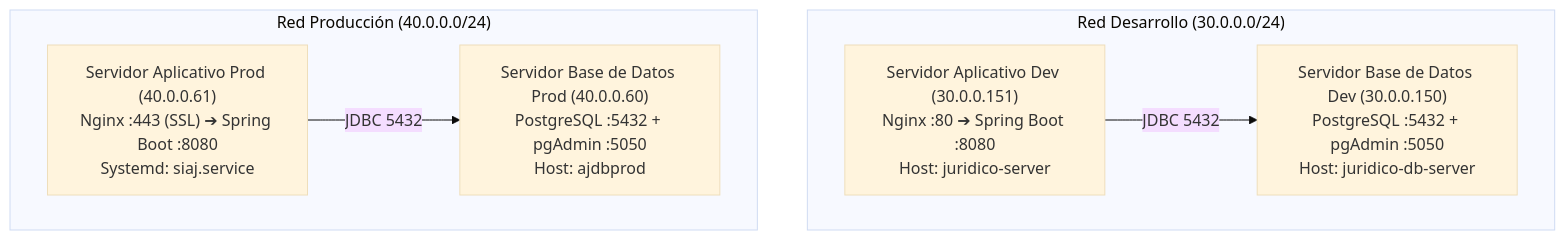
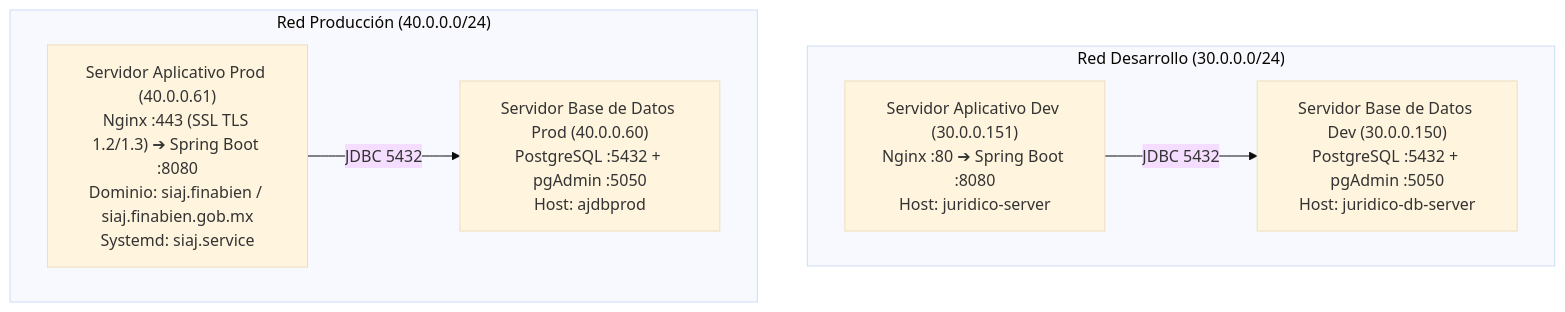
Before and after one commit to rodrigopazTech/juridico-springboot: the first of 2 diagrams in AGENTS.md, drawn with Mermaid (base theme). The commit also changed other lines of this file and 10 other files, not shown here.

````diff
--- a/AGENTS.md
+++ b/AGENTS.md
@@ -11,14 +11,14 @@
 ```mermaid
 flowchart TD
     subgraph RedDev["Red Desarrollo (30.0.0.0/24)"]
         AppDev["Servidor Aplicativo Dev (30.0.0.151)<br>Nginx :80 ➔ Spring Boot :8080<br>Host: juridico-server"]
         DBDev["Servidor Base de Datos Dev (30.0.0.150)<br>PostgreSQL :5432 + pgAdmin :5050<br>Host: juridico-db-server"]
         AppDev -->|JDBC 5432| DBDev
     end
 
     subgraph RedProd["Red Producción (40.0.0.0/24)"]
-        AppProd["Servidor Aplicativo Prod (40.0.0.61)<br>Nginx :443 (SSL) ➔ Spring Boot :8080<br>Systemd: siaj.service"]
+        AppProd["Servidor Aplicativo Prod (40.0.0.61)<br>Nginx :443 (SSL TLS 1.2/1.3) ➔ Spring Boot :8080<br>Dominio: siaj.finabien / siaj.finabien.gob.mx<br>Systemd: siaj.service"]
         DBProd["Servidor Base de Datos Prod (40.0.0.60)<br>PostgreSQL :5432 + pgAdmin :5050<br>Host: ajdbprod"]
         AppProd -->|JDBC 5432| DBProd
     end
 ```
````
